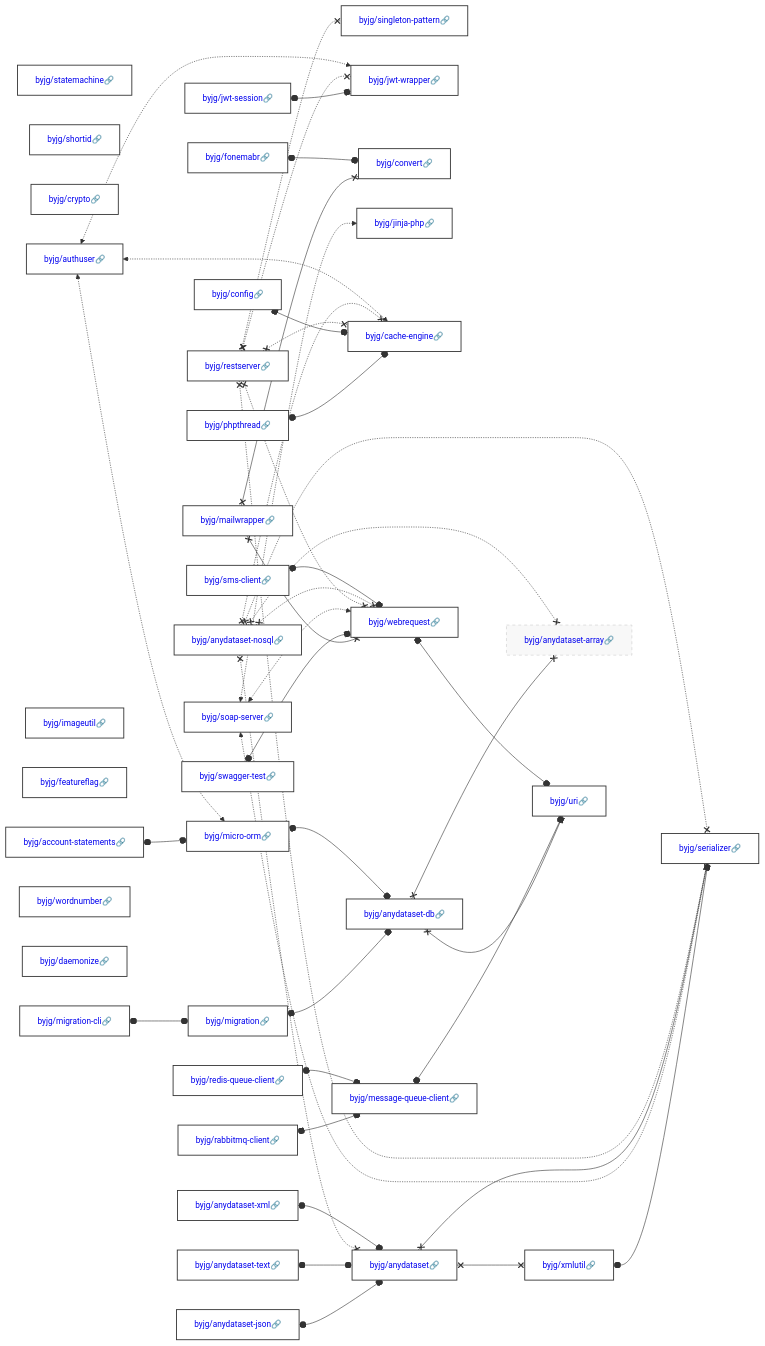
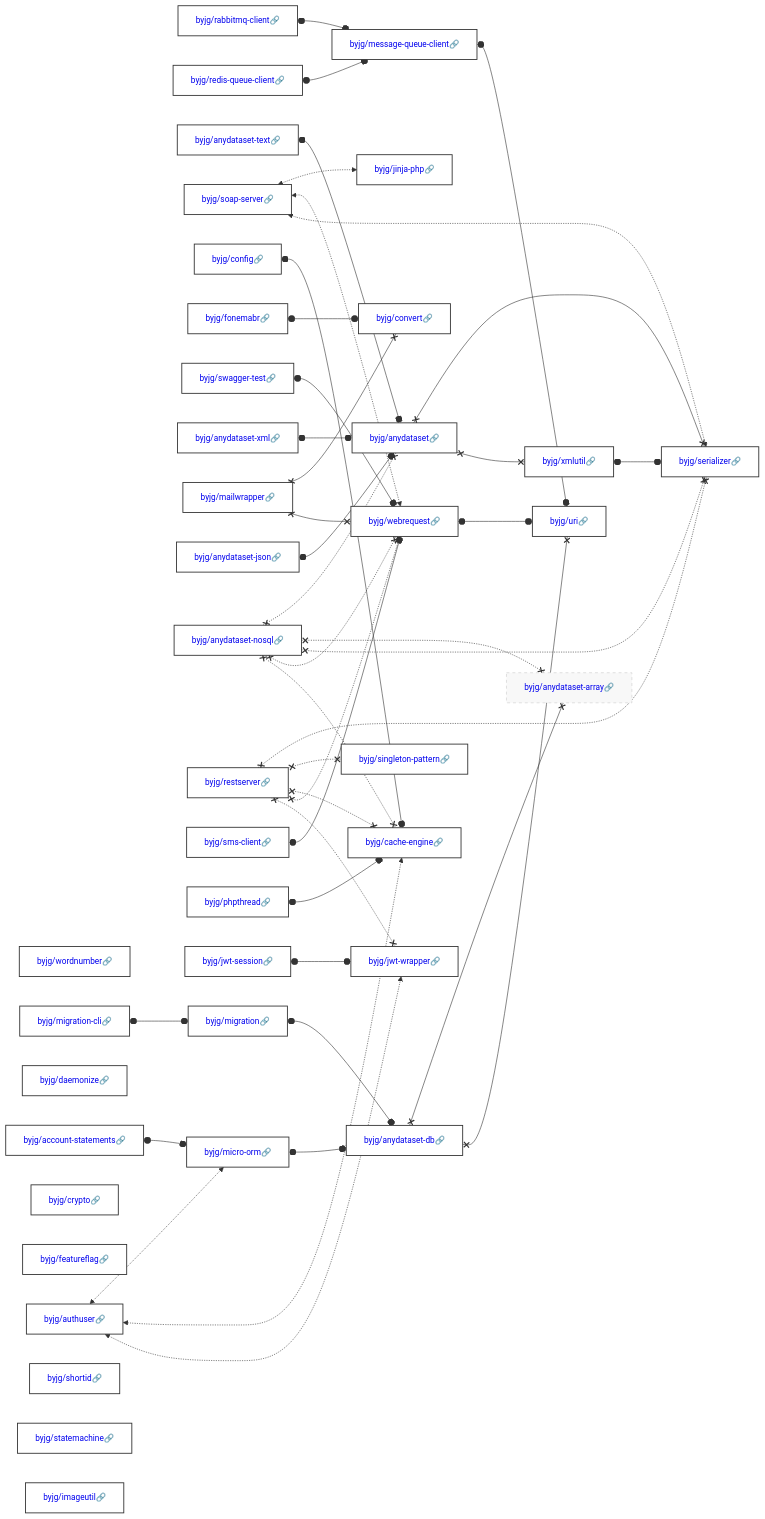
Before and after one commit to byjg/byjg.github.io: the diagram in docs/php/README.md, drawn with Mermaid. The commit also changed other lines of this file and 8 other files, not shown here.

````diff
--- a/docs/php/README.md
+++ b/docs/php/README.md
@@ -3,40 +3,40 @@
 ```mermaid
 graph LR;
+  byjg/rabbitmq-client[<a href='https://opensource.byjg.com/docs/php/rabbitmq-client' style='text-decoration:none'>byjg/rabbitmq-client🔗</a>];
+  byjg/wordnumber[<a href='https://opensource.byjg.com/docs/php/wordnumber' style='text-decoration:none'>byjg/wordnumber🔗</a>];
+  byjg/redis-queue-client[<a href='https://opensource.byjg.com/docs/php/redis-queue-client' style='text-decoration:none'>byjg/redis-queue-client🔗</a>];
   byjg/anydataset-text[<a href='https://opensource.byjg.com/docs/php/anydataset-text' style='text-decoration:none'>byjg/anydataset-text🔗</a>];
-  byjg/statemachine[<a href='https://opensource.byjg.com/docs/php/statemachine' style='text-decoration:none'>byjg/statemachine🔗</a>];
-  byjg/phpthread[<a href='https://opensource.byjg.com/docs/php/phpthread' style='text-decoration:none'>byjg/phpthread🔗</a>];
-  byjg/shortid[<a href='https://opensource.byjg.com/docs/php/shortid' style='text-decoration:none'>byjg/shortid🔗</a>];
-  byjg/mailwrapper[<a href='https://opensource.byjg.com/docs/php/mailwrapper' style='text-decoration:none'>byjg/mailwrapper🔗</a>];
-  byjg/anydataset-json[<a href='https://opensource.byjg.com/docs/php/anydataset-json' style='text-decoration:none'>byjg/anydataset-json🔗</a>];
-  byjg/crypto[<a href='https://opensource.byjg.com/docs/php/crypto' style='text-decoration:none'>byjg/crypto🔗</a>];
-  byjg/anydataset-nosql[<a href='https://opensource.byjg.com/docs/php/anydataset-nosql' style='text-decoration:none'>byjg/anydataset-nosql🔗</a>];
-  byjg/account-statements[<a href='https://opensource.byjg.com/docs/php/account-statements' style='text-decoration:none'>byjg/account-statements🔗</a>];
-  byjg/jwt-session[<a href='https://opensource.byjg.com/docs/php/jwt-session' style='text-decoration:none'>byjg/jwt-session🔗</a>];
-  byjg/restserver[<a href='https://opensource.byjg.com/docs/php/restserver' style='text-decoration:none'>byjg/restserver🔗</a>];
-  byjg/rabbitmq-client[<a href='https://opensource.byjg.com/docs/php/rabbitmq-client' style='text-decoration:none'>byjg/rabbitmq-client🔗</a>];
-  byjg/imageutil[<a href='https://opensource.byjg.com/docs/php/imageutil' style='text-decoration:none'>byjg/imageutil🔗</a>];
-  byjg/featureflag[<a href='https://opensource.byjg.com/docs/php/featureflag' style='text-decoration:none'>byjg/featureflag🔗</a>];
-  byjg/swagger-test[<a href='https://opensource.byjg.com/docs/php/swagger-test' style='text-decoration:none'>byjg/swagger-test🔗</a>];
   byjg/authuser[<a href='https://opensource.byjg.com/docs/php/authuser' style='text-decoration:none'>byjg/authuser🔗</a>];
-  byjg/wordnumber[<a href='https://opensource.byjg.com/docs/php/wordnumber' style='text-decoration:none'>byjg/wordnumber🔗</a>];
-  byjg/fonemabr[<a href='https://opensource.byjg.com/docs/php/fonemabr' style='text-decoration:none'>byjg/fonemabr🔗</a>];
   byjg/soap-server[<a href='https://opensource.byjg.com/docs/php/soap-server' style='text-decoration:none'>byjg/soap-server🔗</a>];
   byjg/config[<a href='https://opensource.byjg.com/docs/php/config' style='text-decoration:none'>byjg/config🔗</a>];
   byjg/daemonize[<a href='https://opensource.byjg.com/docs/php/daemonize' style='text-decoration:none'>byjg/daemonize🔗</a>];
+  byjg/fonemabr[<a href='https://opensource.byjg.com/docs/php/fonemabr' style='text-decoration:none'>byjg/fonemabr🔗</a>];
+  byjg/swagger-test[<a href='https://opensource.byjg.com/docs/php/swagger-test' style='text-decoration:none'>byjg/swagger-test🔗</a>];
   byjg/anydataset-xml[<a href='https://opensource.byjg.com/docs/php/anydataset-xml' style='text-decoration:none'>byjg/anydataset-xml🔗</a>];
-  byjg/redis-queue-client[<a href='https://opensource.byjg.com/docs/php/redis-queue-client' style='text-decoration:none'>byjg/redis-queue-client🔗</a>];
+  byjg/mailwrapper[<a href='https://opensource.byjg.com/docs/php/mailwrapper' style='text-decoration:none'>byjg/mailwrapper🔗</a>];
+  byjg/account-statements[<a href='https://opensource.byjg.com/docs/php/account-statements' style='text-decoration:none'>byjg/account-statements🔗</a>];
+  byjg/anydataset-json[<a href='https://opensource.byjg.com/docs/php/anydataset-json' style='text-decoration:none'>byjg/anydataset-json🔗</a>];
+  byjg/anydataset-nosql[<a href='https://opensource.byjg.com/docs/php/anydataset-nosql' style='text-decoration:none'>byjg/anydataset-nosql🔗</a>];
+  byjg/crypto[<a href='https://opensource.byjg.com/docs/php/crypto' style='text-decoration:none'>byjg/crypto🔗</a>];
+  byjg/featureflag[<a href='https://opensource.byjg.com/docs/php/featureflag' style='text-decoration:none'>byjg/featureflag🔗</a>];
+  byjg/restserver[<a href='https://opensource.byjg.com/docs/php/restserver' style='text-decoration:none'>byjg/restserver🔗</a>];
+  byjg/migration-cli[<a href='https://opensource.byjg.com/docs/php/migration-cli' style='text-decoration:none'>byjg/migration-cli🔗</a>];
+  byjg/shortid[<a href='https://opensource.byjg.com/docs/php/shortid' style='text-decoration:none'>byjg/shortid🔗</a>];
   byjg/sms-client[<a href='https://opensource.byjg.com/docs/php/sms-client' style='text-decoration:none'>byjg/sms-client🔗</a>];
-  byjg/migration-cli[<a href='https://opensource.byjg.com/docs/php/migration-cli' style='text-decoration:none'>byjg/migration-cli🔗</a>];
+  byjg/statemachine[<a href='https://opensource.byjg.com/docs/php/statemachine' style='text-decoration:none'>byjg/statemachine🔗</a>];
+  byjg/phpthread[<a href='https://opensource.byjg.com/docs/php/phpthread' style='text-decoration:none'>byjg/phpthread🔗</a>];
+  byjg/jwt-session[<a href='https://opensource.byjg.com/docs/php/jwt-session' style='text-decoration:none'>byjg/jwt-session🔗</a>];
+  byjg/imageutil[<a href='https://opensource.byjg.com/docs/php/imageutil' style='text-decoration:none'>byjg/imageutil🔗</a>];
+  byjg/message-queue-client[<a href='https://opensource.byjg.com/docs/php/message-queue-client' style='text-decoration:none'>byjg/message-queue-client🔗</a>];
+  byjg/jinja-php[<a href='https://opensource.byjg.com/docs/php/jinja-php' style='text-decoration:none'>byjg/jinja-php🔗</a>];
+  byjg/convert[<a href='https://opensource.byjg.com/docs/php/convert' style='text-decoration:none'>byjg/convert🔗</a>];
+  byjg/micro-orm[<a href='https://opensource.byjg.com/docs/php/micro-orm' style='text-decoration:none'>byjg/micro-orm🔗</a>];
+  byjg/anydataset[<a href='https://opensource.byjg.com/docs/php/anydataset' style='text-decoration:none'>byjg/anydataset🔗</a>];
   byjg/singleton-pattern[<a href='https://opensource.byjg.com/docs/php/singleton-pattern' style='text-decoration:none'>byjg/singleton-pattern🔗</a>];
-  byjg/micro-orm[<a href='https://opensource.byjg.com/docs/php/micro-orm' style='text-decoration:none'>byjg/micro-orm🔗</a>];
+  byjg/migration[<a href='https://opensource.byjg.com/docs/php/migration' style='text-decoration:none'>byjg/migration🔗</a>];
+  byjg/webrequest[<a href='https://opensource.byjg.com/docs/php/webrequest' style='text-decoration:none'>byjg/webrequest🔗</a>];
+  byjg/cache-engine[<a href='https://opensource.byjg.com/docs/php/cache-engine' style='text-decoration:none'>byjg/cache-engine🔗</a>];
   byjg/jwt-wrapper[<a href='https://opensource.byjg.com/docs/php/jwt-wrapper' style='text-decoration:none'>byjg/jwt-wrapper🔗</a>];
-  byjg/convert[<a href='https://opensource.byjg.com/docs/php/convert' style='text-decoration:none'>byjg/convert🔗</a>];
-  byjg/jinja-php[<a href='https://opensource.byjg.com/docs/php/jinja-php' style='text-decoration:none'>byjg/jinja-php🔗</a>];
-  byjg/cache-engine[<a href='https://opensource.byjg.com/docs/php/cache-engine' style='text-decoration:none'>byjg/cache-engine🔗</a>];
-  byjg/anydataset[<a href='https://opensource.byjg.com/docs/php/anydataset' style='text-decoration:none'>byjg/anydataset🔗</a>];
-  byjg/message-queue-client[<a href='https://opensource.byjg.com/docs/php/message-queue-client' style='text-decoration:none'>byjg/message-queue-client🔗</a>];
-  byjg/webrequest[<a href='https://opensource.byjg.com/docs/php/webrequest' style='text-decoration:none'>byjg/webrequest🔗</a>];
-  byjg/migration[<a href='https://opensource.byjg.com/docs/php/migration' style='text-decoration:none'>byjg/migration🔗</a>];
   byjg/xmlutil[<a href='https://opensource.byjg.com/docs/php/xmlutil' style='text-decoration:none'>byjg/xmlutil🔗</a>];
   byjg/anydataset-db[<a href='https://opensource.byjg.com/docs/php/anydataset-db' style='text-decoration:none'>byjg/anydataset-db🔗</a>];
   byjg/serializer[<a href='https://opensource.byjg.com/docs/php/serializer' style='text-decoration:none'>byjg/serializer🔗</a>];
````
